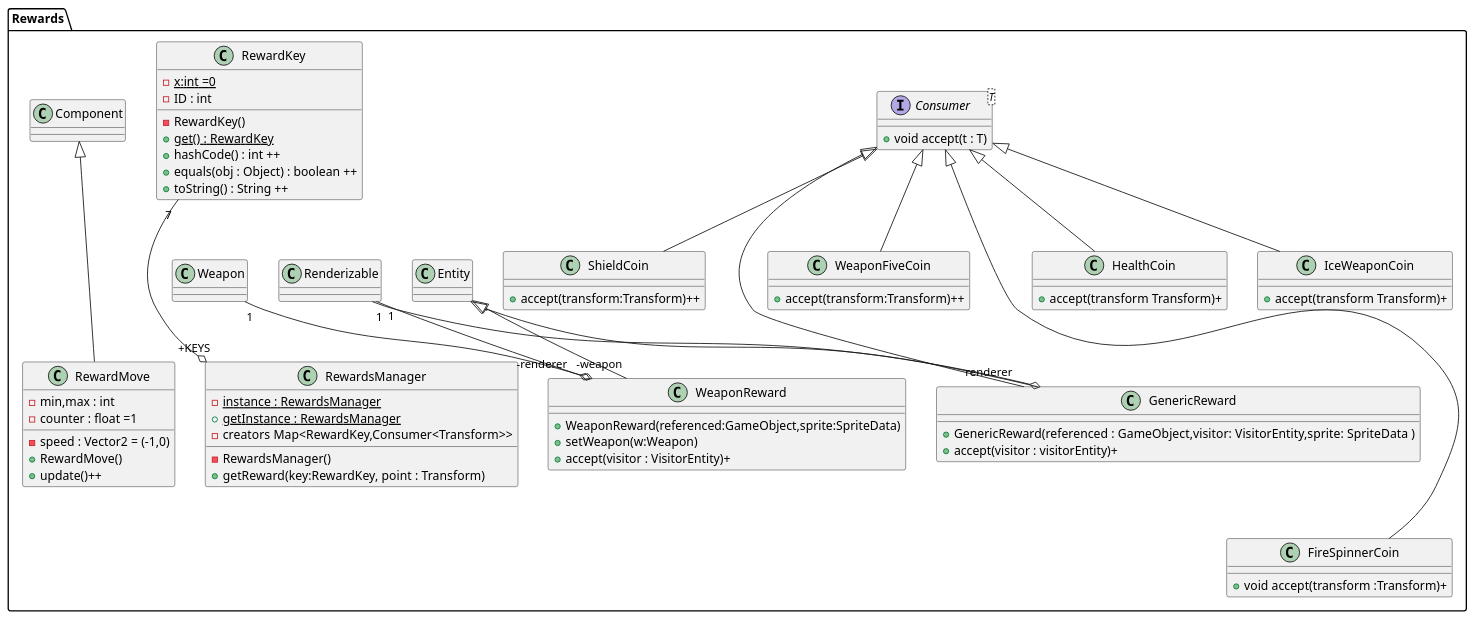
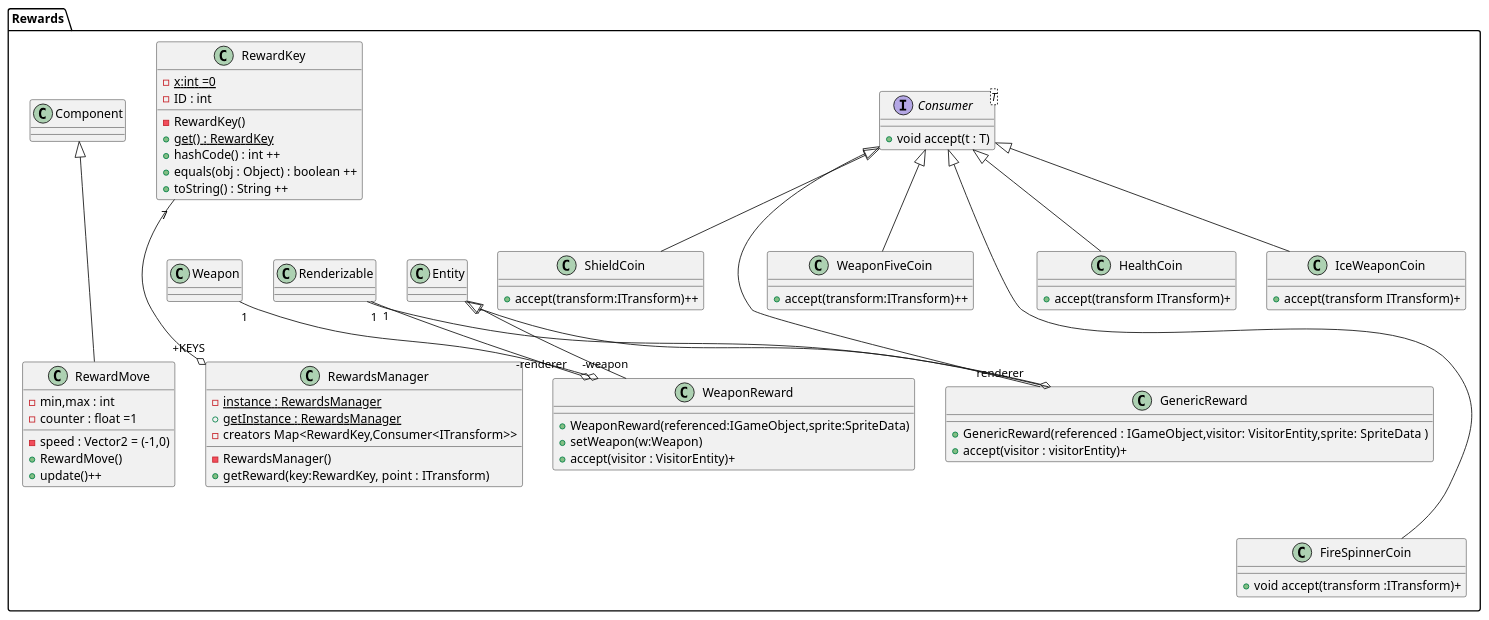
The diagram in ProyectoTDP/src/Rewards/Rewards.puml (Nicolas-Guasch/Proyecto-TDP), drawn with PlantUML before and after one commit. The commit also changed 12 other files, not shown here.

```diff
--- a/ProyectoTDP/src/Rewards/Rewards.puml
+++ b/ProyectoTDP/src/Rewards/Rewards.puml
@@ -1,92 +1,92 @@
 @startuml
 
 package Rewards{
     interface Consumer<T>{
         +void accept(t : T)
     }
     Consumer <|---- FireSpinnerCoin
     class FireSpinnerCoin{
-        +void accept(transform :Transform)+
+        +void accept(transform :ITransform)+
     }
 
     Consumer <|--- GenericReward
     Renderizable "1" -o "renderer" GenericReward
     Entity <|-- GenericReward
     class GenericReward{
 
-        +GenericReward(referenced : GameObject,visitor:  VisitorEntity,sprite: SpriteData )
+        +GenericReward(referenced : IGameObject,visitor:  VisitorEntity,sprite: SpriteData )
         +accept(visitor : visitorEntity)+
 
     }
     Consumer <|-- HealthCoin
     class HealthCoin{
 
-        +accept(transform Transform)+
+        +accept(transform ITransform)+
 
     }
 
     Consumer <|-- IceWeaponCoin
     class IceWeaponCoin{
 
-        +accept(transform Transform)+
+        +accept(transform ITransform)+
 
     }
 
     class RewardKey{
         -{static} x:int =0
         - ID : int
         - RewardKey()
         + {static} get() : RewardKey
         + hashCode() : int ++
         + equals(obj : Object) : boolean ++
         + toString() : String ++
     }
 
     Component <|--- RewardMove
     class RewardMove{
         -min,max : int
         -counter : float =1
         -speed : Vector2 = (-1,0)
         +RewardMove()
         + update()++
     }
 
 
     RewardKey "7" ---o "+KEYS" RewardsManager
 
 
     class RewardsManager{
         -{static} instance : RewardsManager
         +{static} getInstance : RewardsManager
-        - creators Map<RewardKey,Consumer<Transform>>
+        - creators Map<RewardKey,Consumer<ITransform>>
         - RewardsManager()
-        + getReward(key:RewardKey, point : Transform)
+        + getReward(key:RewardKey, point : ITransform)
 
     }
 
     Consumer <|-- ShieldCoin
     class ShieldCoin{
-        +accept(transform:Transform)++
+        +accept(transform:ITransform)++
     }
 
     Consumer <|-- WeaponFiveCoin
 
     class WeaponFiveCoin{
-        +accept(transform:Transform)++
+        +accept(transform:ITransform)++
     }
 
     Entity <|-- WeaponReward
     Weapon "1" --o "-weapon" WeaponReward
     Renderizable "1" --o "-renderer" WeaponReward
 
     class WeaponReward{
-        +WeaponReward(referenced:GameObject,sprite:SpriteData)
+        +WeaponReward(referenced:IGameObject,sprite:SpriteData)
         +setWeapon(w:Weapon)
         +accept(visitor : VisitorEntity)+
     }
 
 
 }
 
 
 @enduml
```
